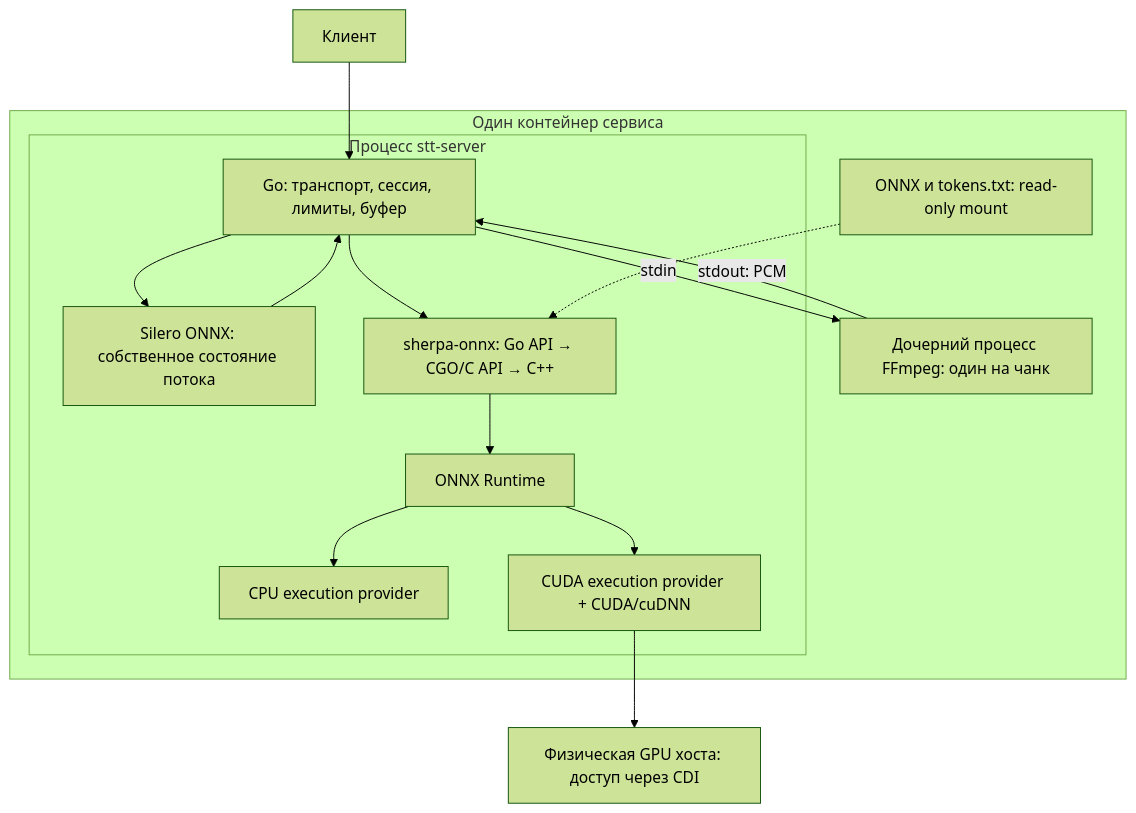
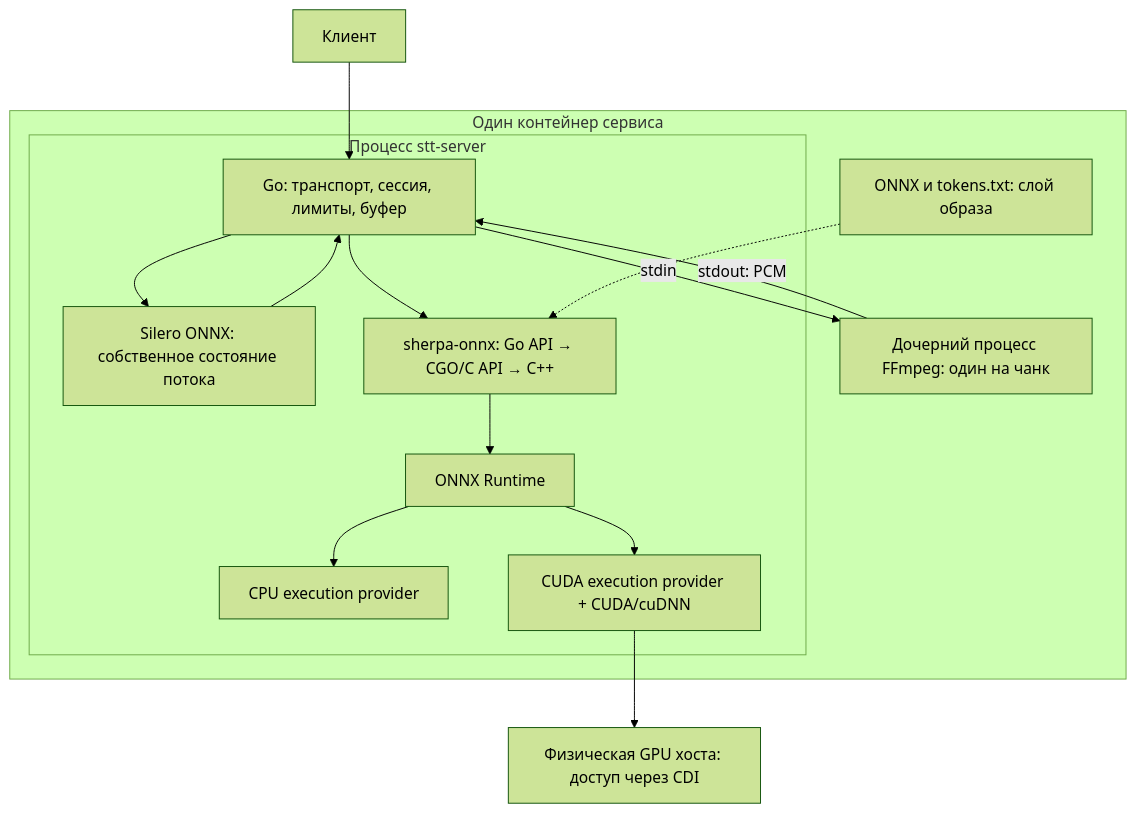
One commit to Pheodaron/stt changed the fifth of 7 diagrams in docs/audio-pipeline.md. Above: the diagram before and after it, drawn with Mermaid (forest theme). The commit also changed other lines of this file and 27 other files, not shown here.

````diff
--- a/docs/audio-pipeline.md
+++ b/docs/audio-pipeline.md
@@ -263,25 +263,25 @@
 ```mermaid
 flowchart TB
     CLIENT["Клиент"] --> GO
     subgraph BOX["Один контейнер сервиса"]
       subgraph PROC["Процесс stt-server"]
         GO["Go: транспорт, сессия, лимиты, буфер"]
         VAD["Silero ONNX: собственное состояние потока"]
         SH["sherpa-onnx: Go API → CGO/C API → C++"]
         ORT["ONNX Runtime"]
         CPU["CPU execution provider"]
         GPU["CUDA execution provider + CUDA/cuDNN"]
         GO --> VAD
         VAD --> GO
         GO --> SH
         SH --> ORT
       end
       FF["Дочерний процесс FFmpeg: один на чанк"]
       GO -->|"stdin"| FF
       FF -->|"stdout: PCM"| GO
       ORT --> CPU
       ORT --> GPU
-      FILES["ONNX и tokens.txt: read-only mount"] -.-> SH
+      FILES["ONNX и tokens.txt: слой образа"] -.-> SH
     end
     GPU --> DEVICE["Физическая GPU хоста: доступ через CDI"]
 ```
````
